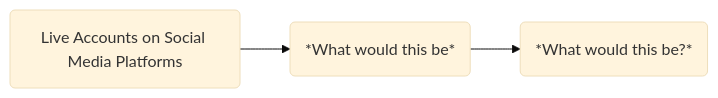
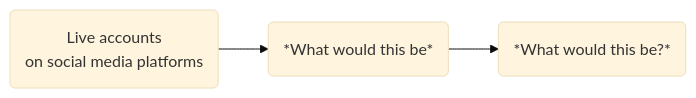
One commit to KateR14/CLOSER_KR changed diagram 12 of 14 in basic-unit1.1/  what-is-data.md. Above: the diagram before and after it, drawn with Mermaid (base theme). The commit also changed other lines of this file, not shown here.

````diff
--- a/basic-unit1.1/  what-is-data.md
+++ b/basic-unit1.1/  what-is-data.md
@@ -296,7 +288,10 @@
 ``` mermaid
 
 flowchart LR
-    smp(Live Accounts on Social Media Platforms) --> Q(*What would this be*)
+    smp(Live accounts
+    on social media platforms)
+    Q(*What would this be*)
+    smp --> Q
     Q --> Q2(*What would this be?*)
 
 ```
````
